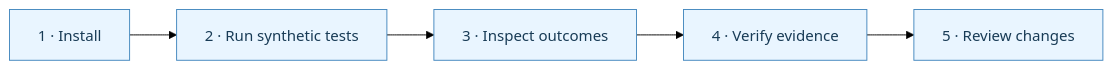
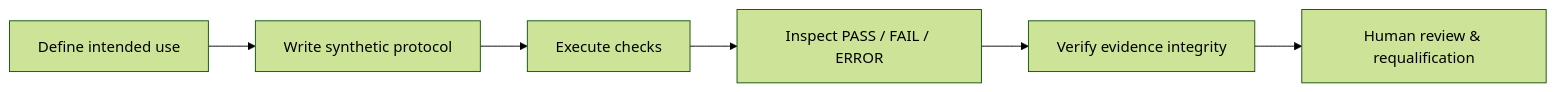
One commit to Tec-Wel/HealthQualify changed the diagram in docs/DOCUMENTATION_INDEX.md. Above: the diagram before and after it, drawn with Mermaid (forest theme). The commit also changed other lines of this file and 49 other files, not shown here.

````diff
--- a/docs/DOCUMENTATION_INDEX.md
+++ b/docs/DOCUMENTATION_INDEX.md
@@ -38,9 +42,8 @@
 ```mermaid
 flowchart LR
-  A["1 · Install"] --> B["2 · Run synthetic tests"]
-  B --> C["3 · Inspect outcomes"]
-  C --> D["4 · Verify evidence"]
-  D --> E["5 · Review changes"]
-  classDef step fill:#e9f5ff,stroke:#4387be,color:#183b56,stroke-width:1px;
-  class A,B,C,D,E step;
+ A["Define intended use"] --> B["Write synthetic protocol"]
+ B --> C["Execute checks"]
+ C --> D["Inspect PASS / FAIL / ERROR"]
+ D --> E["Verify evidence integrity"]
+ E --> F["Human review & requalification"]
 ```
````
